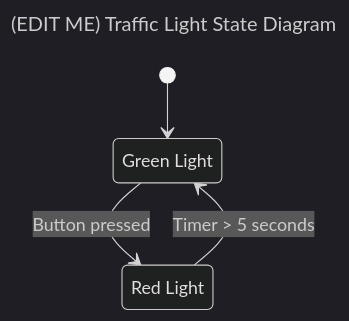
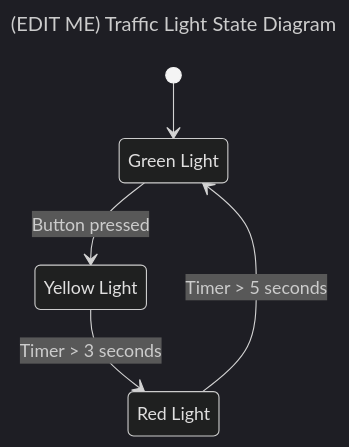
Before and after one commit to aayu22809/Training-StateMachines: the diagram in Assignment1.md, drawn with Mermaid (dark theme). The commit also changed 26 other files, not shown here.

````diff
--- a/Assignment1.md
+++ b/Assignment1.md
@@ -12,12 +12,15 @@
 ```mermaid
 ---
 title: (EDIT ME) Traffic Light State Diagram
 ---
 stateDiagram-v2
   state "Green Light" as GREEN_LIGHT_STATE
   state "Red Light" as RED_LIGHT_STATE
+  state "Yellow Light" as 
+  YELLOW_LIGHT_STATE
 
   [*] --> GREEN_LIGHT_STATE
-  GREEN_LIGHT_STATE --> RED_LIGHT_STATE: Button pressed
+  GREEN_LIGHT_STATE --> YELLOW_LIGHT_STATE: Button pressed
+  YELLOW_LIGHT_STATE --> RED_LIGHT_STATE: Timer > 3 seconds
   RED_LIGHT_STATE --> GREEN_LIGHT_STATE: Timer > 5 seconds
 ```
````
